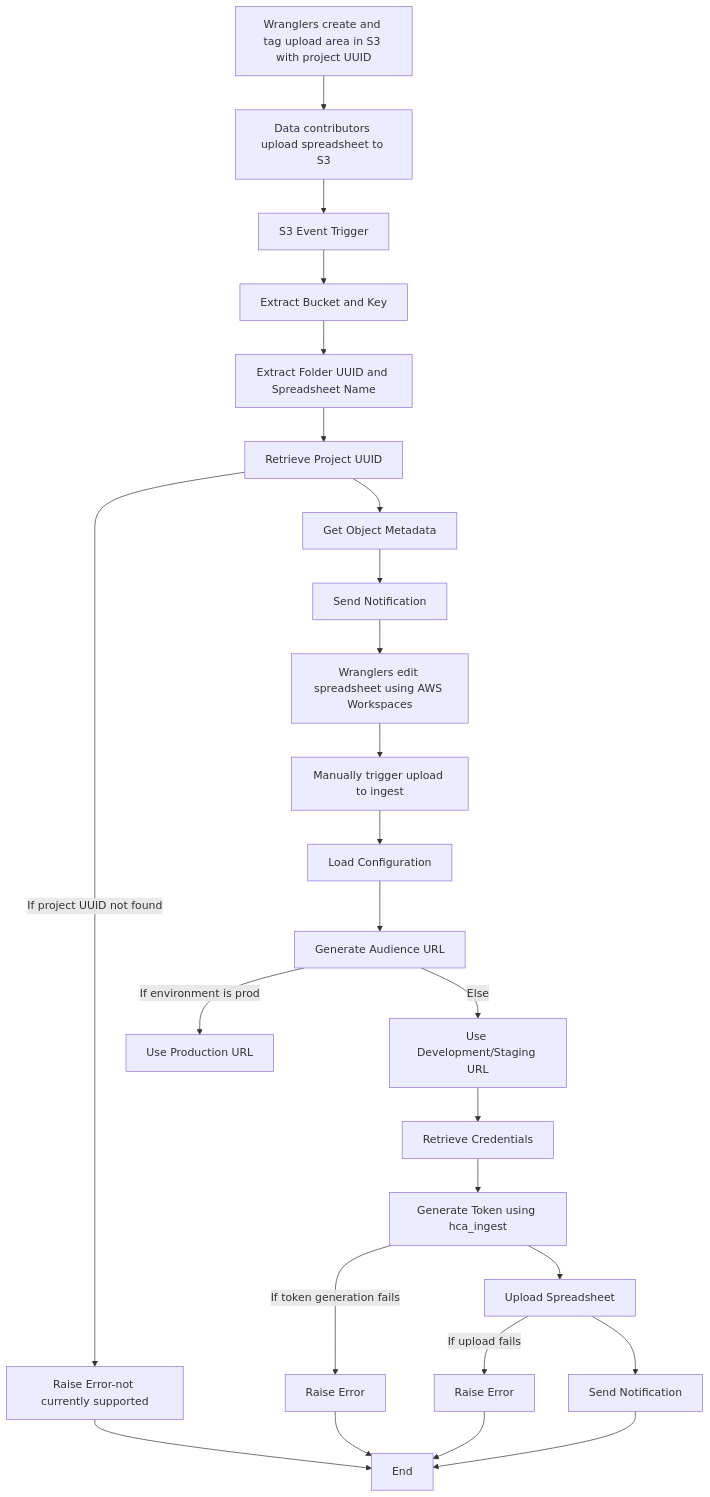
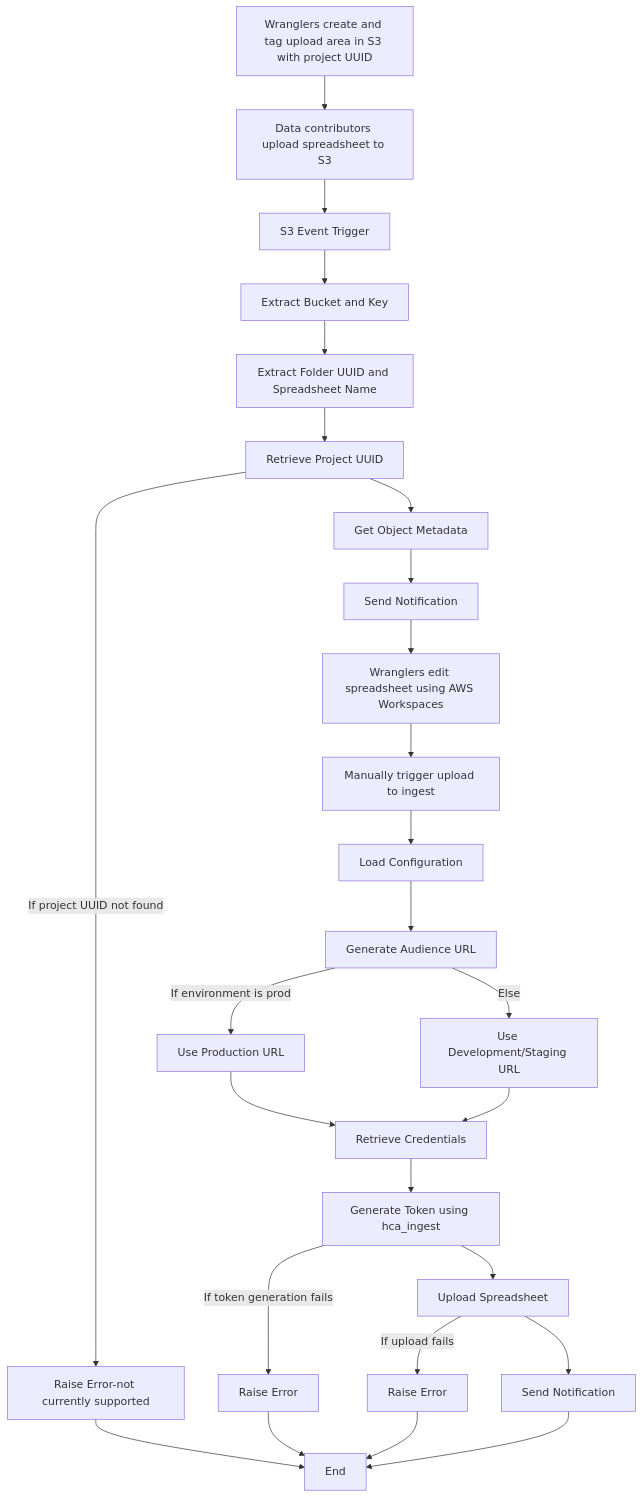
Before and after one commit to ebi-ait/dcp-secure-spreadsheet-upload: the diagram in README.md, drawn with Mermaid.

Commit message:
sub-94: Refactored Lambda functions, added tests, and updated deployment scripts

````diff
--- a/README.md
+++ b/README.md
@@ -33,28 +33,29 @@
 ```mermaid
 flowchart TD
    A[Wranglers create and tag upload area in S3 with project UUID] --> B[Data contributors upload spreadsheet to S3]
    B --> C[S3 Event Trigger]
    C --> D[Extract Bucket and Key]
    D --> E[Extract Folder UUID and Spreadsheet Name]
    E --> F[Retrieve Project UUID]
    F --> |If project UUID not found| G[Raise Error-not currently supported]
    F --> H[Get Object Metadata]
    H --> I[Send Notification]
    I --> J[Wranglers edit spreadsheet using AWS Workspaces]
    J --> K[Manually trigger upload to ingest]
    K --> L[Load Configuration]
    L --> M[Generate Audience URL]
    M --> |If environment is prod| N[Use Production URL]
    M --> |Else| O[Use Development/Staging URL]
+   N --> P[Retrieve Credentials]
    O --> P[Retrieve Credentials]
    P --> Q[Generate Token using hca_ingest]
    Q --> |If token generation fails| R[Raise Error]
    Q --> S[Upload Spreadsheet]
    S --> |If upload fails| T[Raise Error]
    S --> U[Send Notification]
    U --> V[End]
    G --> V
    R --> V
    T --> V
 
 ```
````
